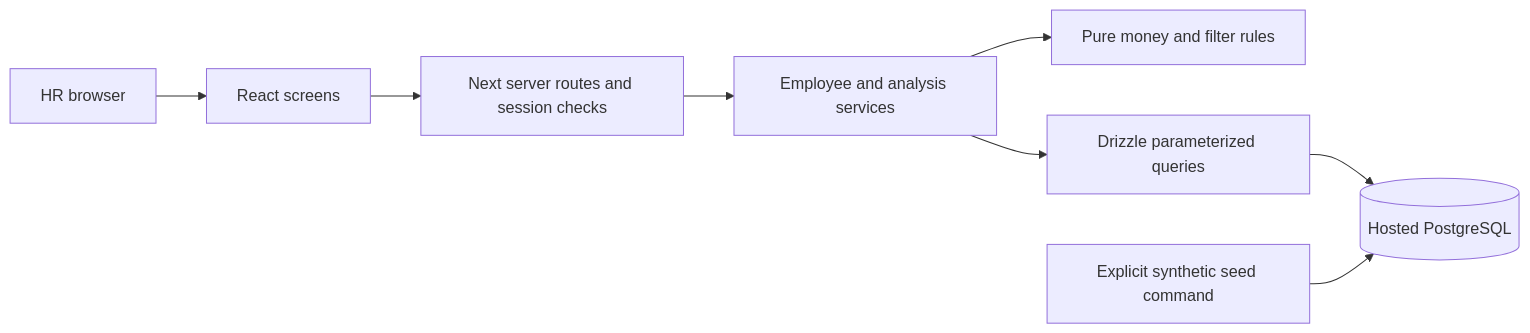
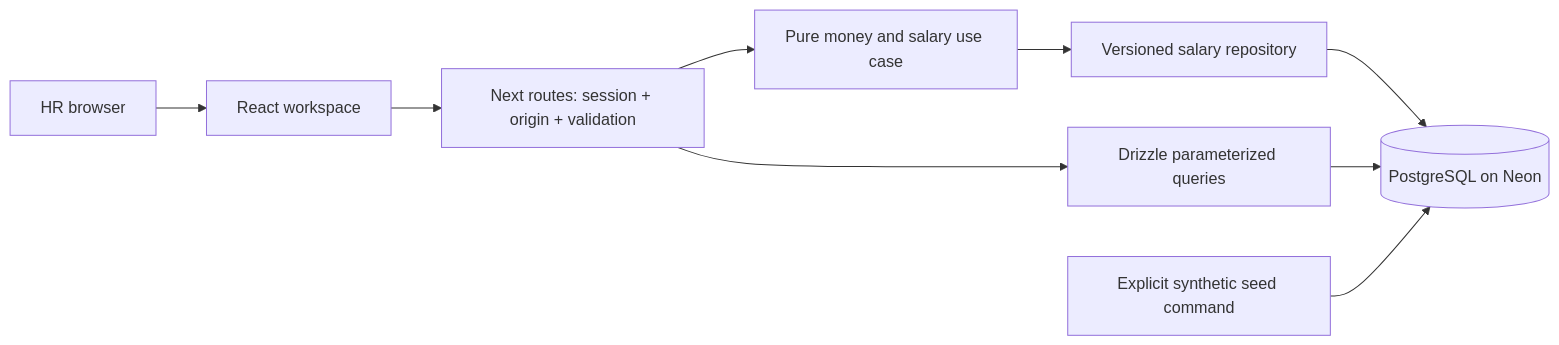
The diagram in docs/ENGINEERING.md (Ayuxh-Pratap/incubyte-salary-desk), drawn with Mermaid before and after one commit. The commit also changed other lines of this file and 13 other files, not shown here.

````diff
--- a/docs/ENGINEERING.md
+++ b/docs/ENGINEERING.md
@@ -7,10 +19,11 @@
 ```mermaid
 flowchart LR
-  HR[HR browser] --> UI[React screens]
-  UI --> HTTP[Next server routes and session checks]
-  HTTP --> Services[Employee and analysis services]
-  Services --> Money[Pure money and filter rules]
-  Services --> Queries[Drizzle parameterized queries]
-  Queries --> DB[(Hosted PostgreSQL)]
-  Seed[Explicit synthetic seed command] --> DB
+ HR[HR browser] --> UI[React workspace]
+ UI --> API[Next routes: session + origin + validation]
+ API --> Domain[Pure money and salary use case]
+ API --> Queries[Drizzle parameterized queries]
+ Domain --> Adapter[Versioned salary repository]
+ Adapter --> DB[(PostgreSQL on Neon)]
+ Queries --> DB
+ Seed[Explicit synthetic seed command] --> DB
 ```
````
